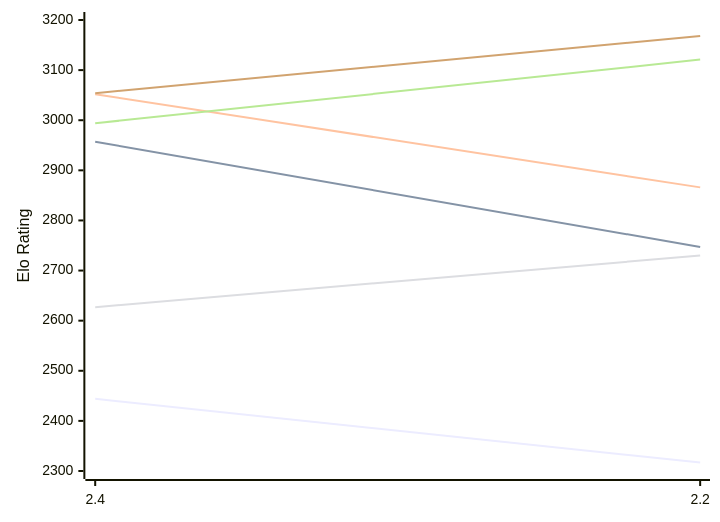
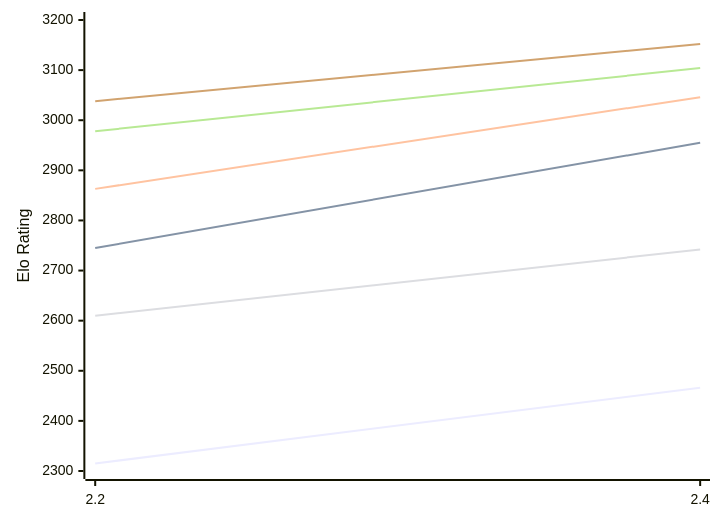
Before and after one commit to computer-chess-index/cci: the first of 2 diagrams in engines/Sloth.md, drawn with Mermaid. The commit also changed other lines of this file, not shown here.

Commit message:
Update CCI Ratings (ELO VLTC) - 2026-10-11

````diff
--- a/engines/Sloth.md
+++ b/engines/Sloth.md
@@ -50,12 +50,12 @@
 ```mermaid
 %%{init: {"theme":"base","themeVariables":{"seriesColors:['#a3a3a3','#222221','#faa371']}}}%%
 xychart-beta
-  x-axis ["2.4", "2.2"]
+  x-axis ["2.2", "2.4"]
   y-axis "Elo Rating" 2300 --> 3200
-  line "E1: STC (8.0+0.08s)" [2444, 2317]
-  line "E1: LTC (60.0+0.60s)" [2957, 2747]
-  line "E1: VLTC (2m24s+1.12s)" [3052, 2866]
-  line "P1: STC (8.0+0.08s)" [2627, 2730]
-  line "P1: LTC (60.0+0.60s)" [2994, 3121]
-  line "P1: VLTC (2m24s+1.12s)" [3054, 3168]
+  line "E1: STC (8.0+0.08s)" [2315, 2466]
+  line "E1: LTC (60.0+0.60s)" [2745, 2955]
+  line "E1: VLTC (2m24s+1.12s)" [2863, 3046]
+  line "P1: STC (8.0+0.08s)" [2610, 2742]
+  line "P1: LTC (60.0+0.60s)" [2978, 3104]
+  line "P1: VLTC (2m24s+1.12s)" [3038, 3152]
 ```
````
